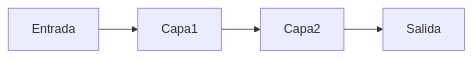
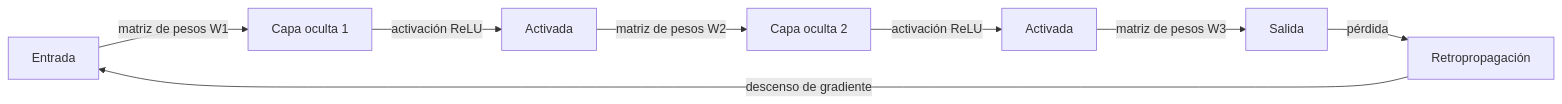
Before and after one commit to EmersonBraun/ai-summary-hub: the diagram in i18n/es/docusaurus-plugin-content-docs/current/neural-networks/index.md, drawn with Mermaid. The commit also changed other lines of this file and 242 other files, not shown here.

````diff
--- a/i18n/es/docusaurus-plugin-content-docs/current/neural-networks/index.md
+++ b/i18n/es/docusaurus-plugin-content-docs/current/neural-networks/index.md
@@ -17,6 +21,10 @@
 ```mermaid
 flowchart LR
-  Input[Entrada] --> Layer1[Capa1]
-  Layer1 --> Layer2[Capa2]
-  Layer2 --> Output[Salida]
+  Input[Entrada] -->|matriz de pesos W1| Layer1[Capa oculta 1]
+  Layer1 -->|activación ReLU| Layer1A[Activada]
+  Layer1A -->|matriz de pesos W2| Layer2[Capa oculta 2]
+  Layer2 -->|activación ReLU| Layer2A[Activada]
+  Layer2A -->|matriz de pesos W3| Output[Salida]
+  Output -->|pérdida| Backprop[Retropropagación]
+  Backprop -->|descenso de gradiente| Input
 ```
````
